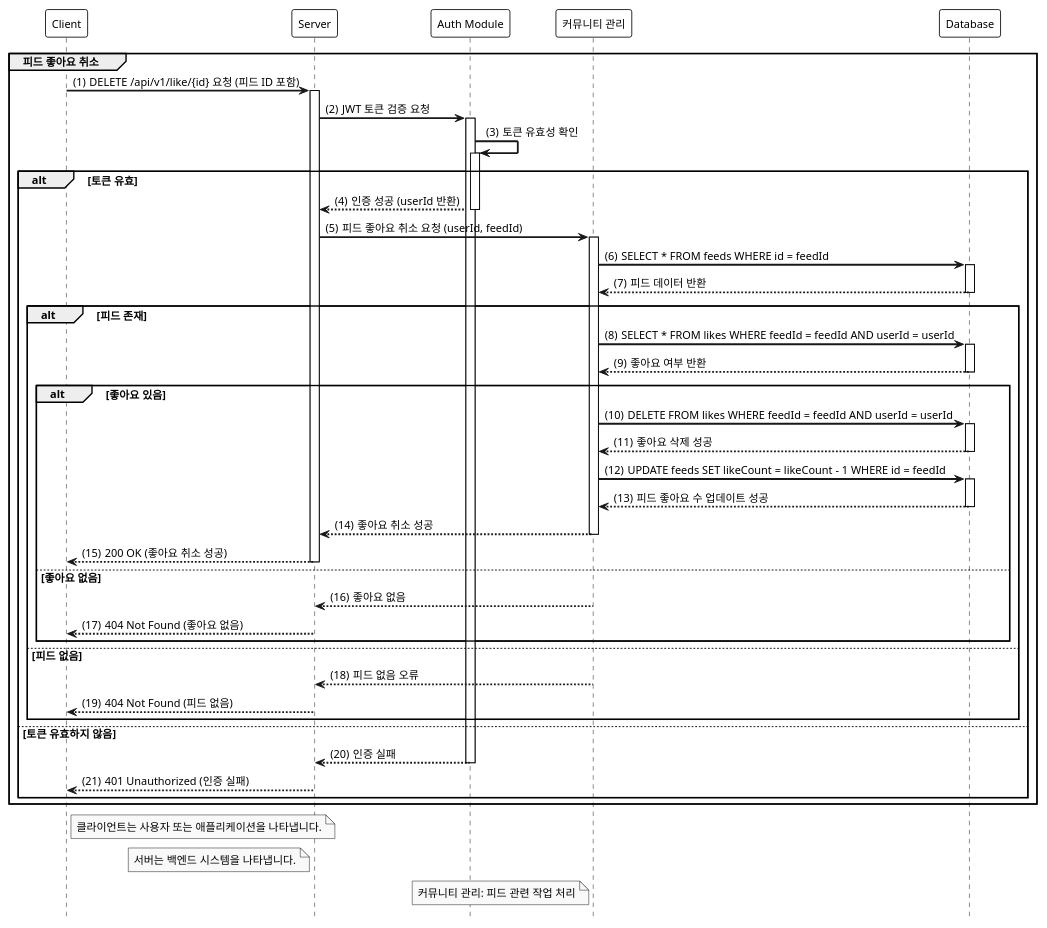
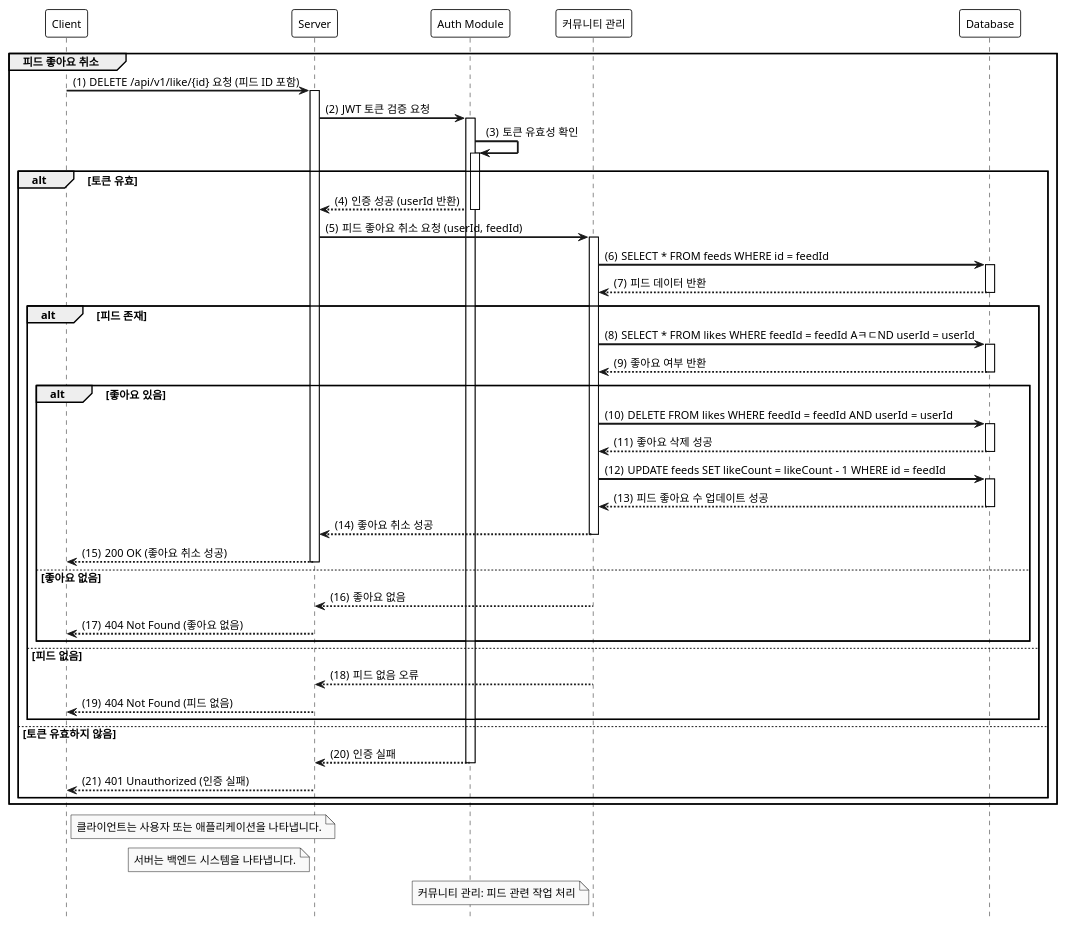
Before and after one commit to sumin220/SpringBoot_MemberBoard: the diagram in Document/cancelLikeFeed.puml, drawn with PlantUML.

Commit message:
:sparkles: [Feat]: cancelLikeFeed.puml

```diff
--- a/Document/cancelLikeFeed.puml
+++ b/Document/cancelLikeFeed.puml
@@ -1,65 +1,65 @@
 @startuml
 
 hide footbox
 autoactivate on
 
 ' 스타일 설정
 skinparam monochrome true
 skinparam shadowing false
 skinparam defaultFontSize 12
 skinparam defaultFontName Arial
 skinparam activityBackgroundColor #EFEFEF
 skinparam activityBorderColor #CCCCCC
 skinparam sequenceArrowThickness 2
 skinparam sequenceParticipantBorderThickness 1
 skinparam sequenceParticipantBackgroundColor #FFFFFF
 skinparam sequenceLifeLineBorderColor #000000
 skinparam sequenceLifeLineBackgroundColor #FFFFFF
 skinparam noteBackgroundColor #FFFFCC
 skinparam noteBorderColor #000000
 
 participant "Client" as C
 participant "Server" as S
 participant "Auth Module" as AM
 participant "커뮤니티 관리" as CM
 participant "Database" as DB
 
 group 피드 좋아요 취소
     autonumber 1 "(0)"
     C -> S: DELETE /api/v1/like/{id} 요청 (피드 ID 포함)
     S -> AM: JWT 토큰 검증 요청
     AM -> AM: 토큰 유효성 확인
     alt 토큰 유효
         AM --> S: 인증 성공 (userId 반환)
         S -> CM: 피드 좋아요 취소 요청 (userId, feedId)
         CM -> DB: SELECT * FROM feeds WHERE id = feedId
         DB --> CM: 피드 데이터 반환
         alt 피드 존재
-            CM -> DB: SELECT * FROM likes WHERE feedId = feedId AND userId = userId
+            CM -> DB: SELECT * FROM likes WHERE feedId = feedId AㅋㄷND userId = userId
             DB --> CM: 좋아요 여부 반환
             alt 좋아요 있음
                 CM -> DB: DELETE FROM likes WHERE feedId = feedId AND userId = userId
                 DB --> CM: 좋아요 삭제 성공
                 CM -> DB: UPDATE feeds SET likeCount = likeCount - 1 WHERE id = feedId
                 DB --> CM: 피드 좋아요 수 업데이트 성공
                 CM --> S: 좋아요 취소 성공
                 S --> C: 200 OK (좋아요 취소 성공)
             else 좋아요 없음
                 CM --> S: 좋아요 없음
                 S --> C: 404 Not Found (좋아요 없음)
             end
         else 피드 없음
             CM --> S: 피드 없음 오류
             S --> C: 404 Not Found (피드 없음)
         end
     else 토큰 유효하지 않음
         AM --> S: 인증 실패
         S --> C: 401 Unauthorized (인증 실패)
     end
 end
 
 note right of C: 클라이언트는 사용자 또는 애플리케이션을 나타냅니다.
 note left of S: 서버는 백엔드 시스템을 나타냅니다.
 note left of CM: 커뮤니티 관리: 피드 관련 작업 처리
 
 @enduml
```
